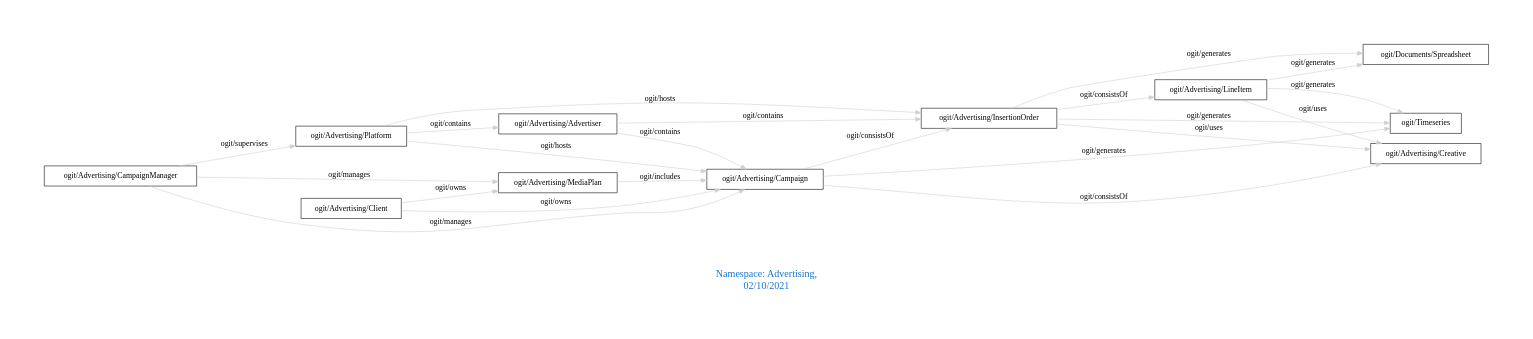
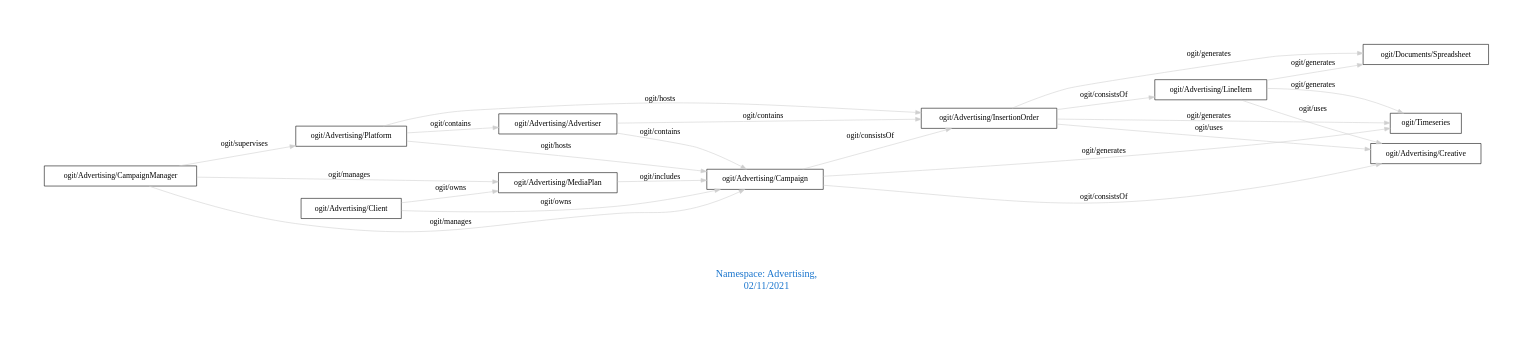
The diagram in downloads/Advertising.dot (arago/OGIT), drawn with Graphviz before and after one commit. The commit also changed 1844 other files, not shown here.

```diff
--- a/downloads/Advertising.dot
+++ b/downloads/Advertising.dot
@@ -1,29 +1,29 @@
 digraph OGIT_ontology {
  graph [ rankdir= LR,pad=1 
 fontsize = 18,
-fontcolor= dodgerblue3,label = "\n\n\nNamespace: Advertising, \n 02/10/2021"];
+fontcolor= dodgerblue3,label = "\n\n\nNamespace: Advertising, \n 02/11/2021"];
 node[shape=polygon];
 edge [  color="gray81"];
 
    "ogit/Advertising/Advertiser" -> "ogit/Advertising/Campaign" [label="   ogit/contains    "];
    "ogit/Advertising/Advertiser" -> "ogit/Advertising/InsertionOrder" [label="   ogit/contains    "];
    "ogit/Advertising/Platform" -> "ogit/Advertising/Advertiser" [label="   ogit/contains    "];
    "ogit/Advertising/CampaignManager" -> "ogit/Advertising/MediaPlan" [label="   ogit/manages    "];
    "ogit/Advertising/CampaignManager" -> "ogit/Advertising/Campaign" [label="   ogit/manages    "];
    "ogit/Advertising/Platform" -> "ogit/Advertising/Campaign" [label="   ogit/hosts    "];
    "ogit/Advertising/Platform" -> "ogit/Advertising/InsertionOrder" [label="   ogit/hosts    "];
    "ogit/Advertising/CampaignManager" -> "ogit/Advertising/Platform" [label="   ogit/supervises    "];
    "ogit/Advertising/Campaign" -> "ogit/Timeseries" [label="   ogit/generates    "];
    "ogit/Advertising/InsertionOrder" -> "ogit/Timeseries" [label="   ogit/generates    "];
    "ogit/Advertising/InsertionOrder" -> "ogit/Documents/Spreadsheet" [label="   ogit/generates    "];
    "ogit/Advertising/LineItem" -> "ogit/Timeseries" [label="   ogit/generates    "];
    "ogit/Advertising/LineItem" -> "ogit/Documents/Spreadsheet" [label="   ogit/generates    "];
    "ogit/Advertising/MediaPlan" -> "ogit/Advertising/Campaign" [label="   ogit/includes    "];
    "ogit/Advertising/Client" -> "ogit/Advertising/MediaPlan" [label="   ogit/owns    "];
    "ogit/Advertising/Client" -> "ogit/Advertising/Campaign" [label="   ogit/owns    "];
    "ogit/Advertising/InsertionOrder" -> "ogit/Advertising/Creative" [label="   ogit/uses    "];
    "ogit/Advertising/LineItem" -> "ogit/Advertising/Creative" [label="   ogit/uses    "];
    "ogit/Advertising/Campaign" -> "ogit/Advertising/InsertionOrder" [label="   ogit/consistsOf    "];
    "ogit/Advertising/Campaign" -> "ogit/Advertising/Creative" [label="   ogit/consistsOf    "];
    "ogit/Advertising/InsertionOrder" -> "ogit/Advertising/LineItem" [label="   ogit/consistsOf    "];
 }
```
